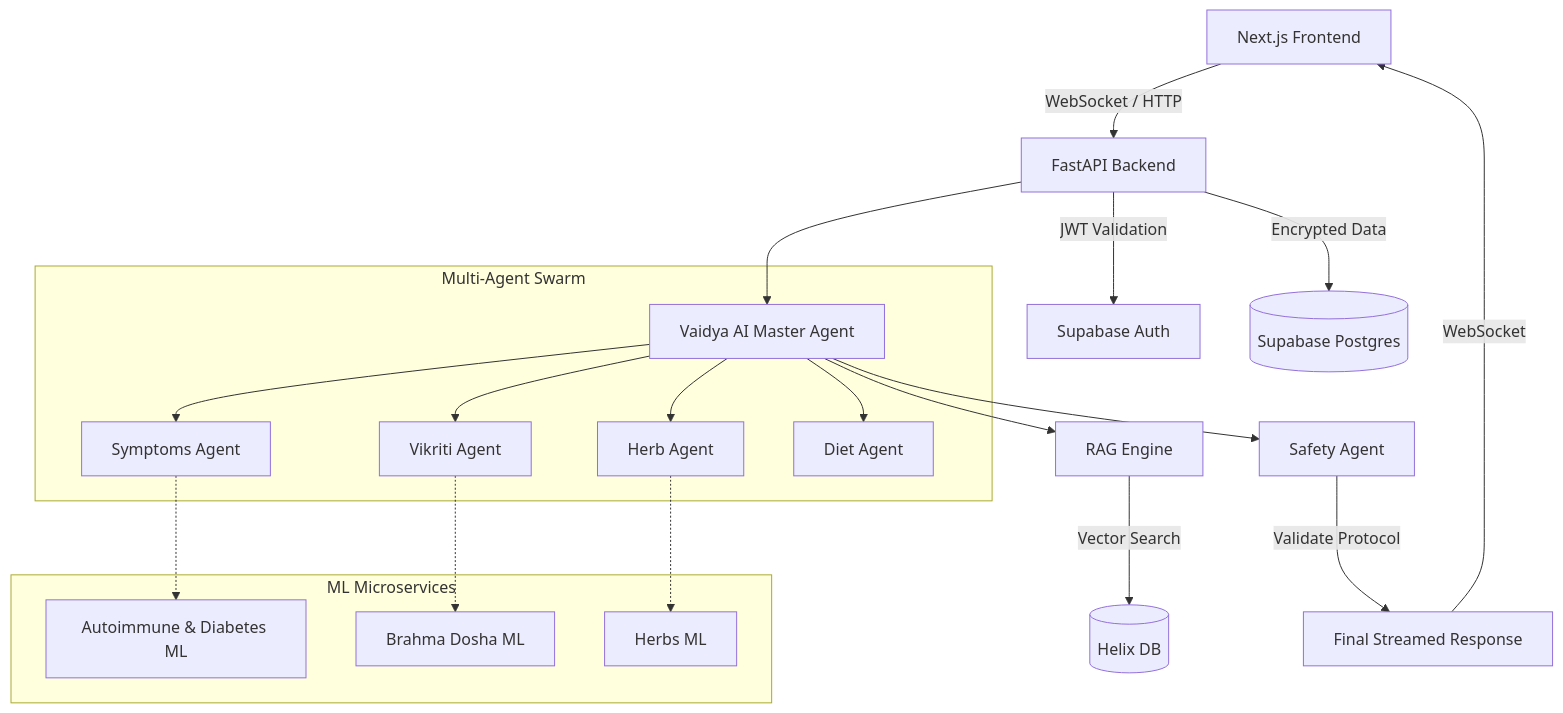
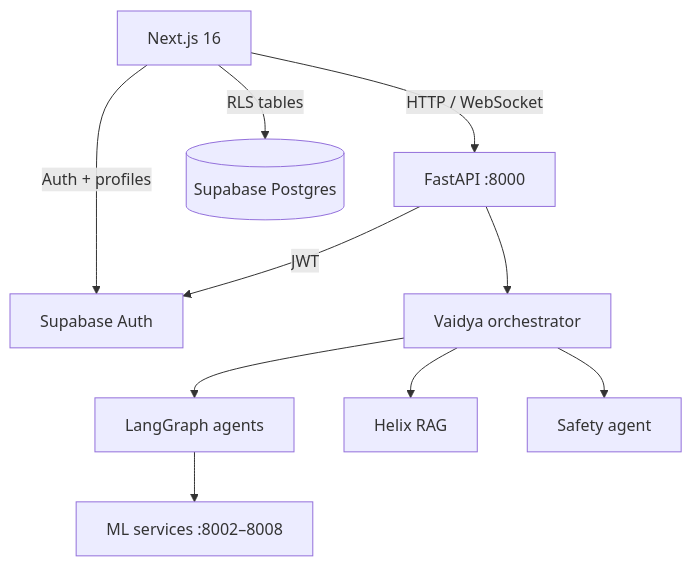
One commit to Himanshusolanki24/Dravya-labs changed the diagram in README.md. Above: the diagram before and after it, drawn with Mermaid. The commit also changed other lines of this file and 1 other file, not shown here.

````diff
--- a/README.md
+++ b/README.md
@@ -39,28 +47,12 @@
 ```mermaid
 graph TD
-    Client[Next.js Frontend] -->|WebSocket / HTTP| API[FastAPI Backend]
-    API -->|JWT Validation| Auth[Supabase Auth]
-    API -->|Encrypted Data| DB[(Supabase Postgres)]
-    
-    API --> Orchestrator[Vaidya AI Master Agent]
-    
-    subgraph Multi-Agent Swarm
-    Orchestrator --> Symptoms[Symptoms Agent]
-    Orchestrator --> Vikriti[Vikriti Agent]
-    Orchestrator --> Herb[Herb Agent]
-    Orchestrator --> Diet[Diet Agent]
-    end
-    
-    subgraph ML Microservices
-    Symptoms -.-> ML1[Autoimmune & Diabetes ML]
-    Vikriti -.-> ML2[Brahma Dosha ML]
-    Herb -.-> ML3[Herbs ML]
-    end
-    
-    Orchestrator --> RAG[RAG Engine]
-    RAG -->|Vector Search| Helix[(Helix DB)]
-    
-    Orchestrator --> Safety[Safety Agent]
-    Safety -->|Validate Protocol| Output[Final Streamed Response]
-    Output -->|WebSocket| Client
+    Browser[Next.js 16] -->|HTTP / WebSocket| API[FastAPI :8000]
+    Browser -->|Auth + profiles| SBAuth[Supabase Auth]
+    Browser -->|RLS tables| SBDB[(Supabase Postgres)]
+    API -->|JWT| SBAuth
+    API --> Orch[Vaidya orchestrator]
+    Orch --> Agents[LangGraph agents]
+    Agents --> ML[ML services :8002–8008]
+    Orch --> RAG[Helix RAG]
+    Orch --> Safety[Safety agent]
 ```
````
